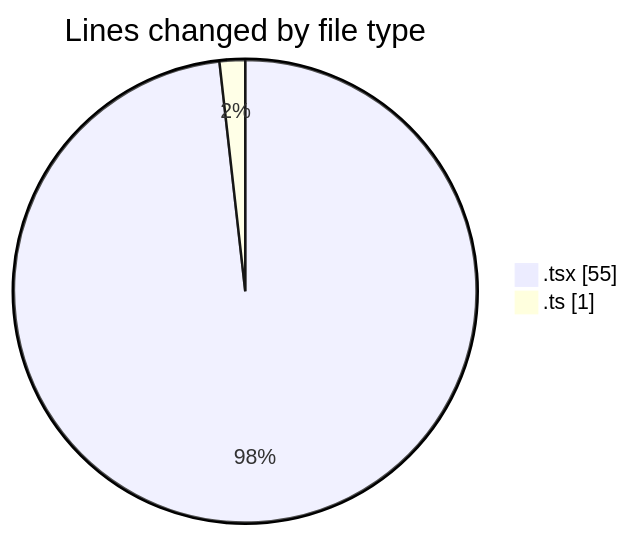
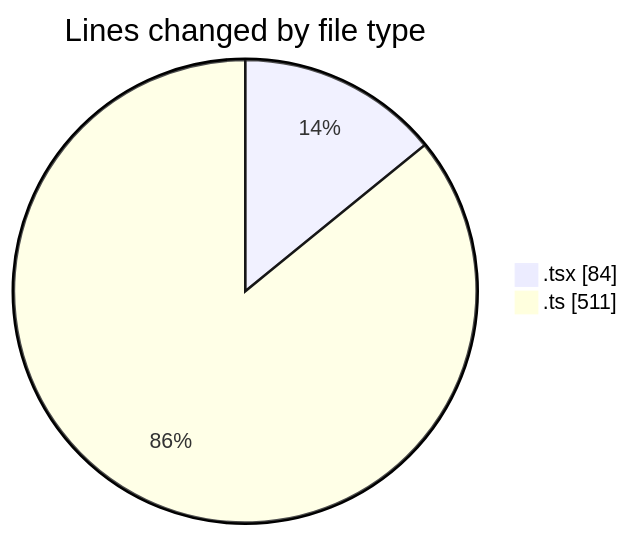
Before and after one commit to julien-gomy/code-tracking: the first of 2 diagrams in 2025-10-20/eventscop-frontend-guide__workspace_/README.md, drawn with Mermaid. The commit also changed other lines of this file and 1 other file, not shown here.

````diff
--- a/2025-10-20/eventscop-frontend-guide__workspace_/README.md
+++ b/2025-10-20/eventscop-frontend-guide__workspace_/README.md
@@ -23,6 +25,6 @@
 ```mermaid
 pie showData
 title Lines changed by file type
-".tsx" : 55
-".ts" : 1
+".tsx" : 84
+".ts" : 511
 ```
````
